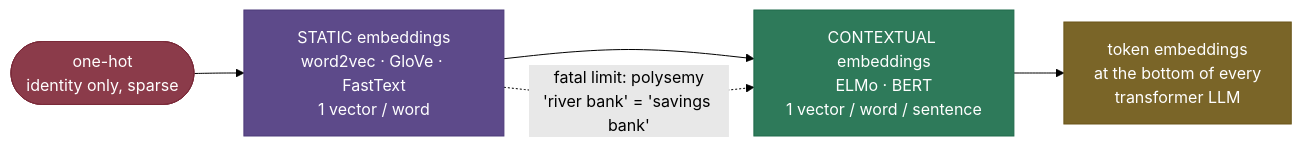
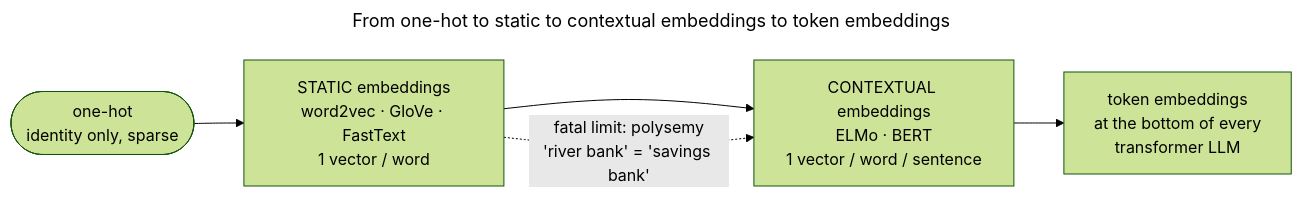
One commit to sudhir13s/ai-ml-learning-resources changed the second of 2 diagrams in multimodal-and-generative-media/natural-language-processing/word-embeddings-word2vec-glove-fasttext/word-embeddings-word2vec-glove-fasttext.md. Above: the diagram before and after it, drawn with Mermaid (forest theme). The commit also changed other lines of this file, not shown here.

First line of the commit message:
docs(content): bring word embeddings up to the page standards

````diff
--- a/multimodal-and-generative-media/natural-language-processing/word-embeddings-word2vec-glove-fasttext/word-embeddings-word2vec-glove-fasttext.md
+++ b/multimodal-and-generative-media/natural-language-processing/word-embeddings-word2vec-glove-fasttext/word-embeddings-word2vec-glove-fasttext.md
@@ -327,12 +577,10 @@
 ```mermaid
+---
+title: From one-hot to static to contextual embeddings to token embeddings
+---
 graph LR
-    OH(["one-hot<br/>identity only, sparse"]):::danger --> STAT["STATIC embeddings<br/>word2vec · GloVe · FastText<br/>1 vector / word"]:::process
-    STAT --> CTX["CONTEXTUAL embeddings<br/>ELMo · BERT<br/>1 vector / word / sentence"]:::out
+    OH(["one-hot<br/>identity only, sparse"]):::failure --> STAT["STATIC embeddings<br/>word2vec · GloVe · FastText<br/>1 vector / word"]
+    STAT --> CTX["CONTEXTUAL embeddings<br/>ELMo · BERT<br/>1 vector / word / sentence"]:::focus
     STAT -. "fatal limit: polysemy<br/>'river bank' = 'savings bank'" .-> CTX
-    CTX --> TOK["token embeddings<br/>at the bottom of every<br/>transformer LLM"]:::amber
-
-    classDef danger fill:#8B3B4A,stroke:#7B2B3A,color:#fff
-    classDef process fill:#5D4A8A,stroke:#4D3A7A,color:#fff
-    classDef out fill:#2E7A5A,stroke:#1E6A4A,color:#fff
-    classDef amber fill:#7A6528,stroke:#6A5518,color:#fff
+    CTX --> TOK["token embeddings<br/>at the bottom of every<br/>transformer LLM"]
 ```
````
